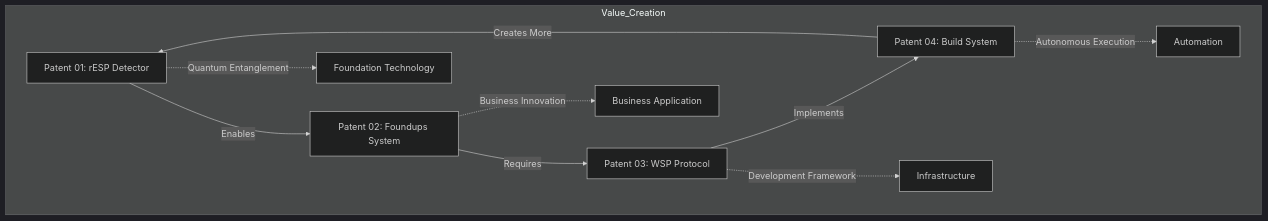
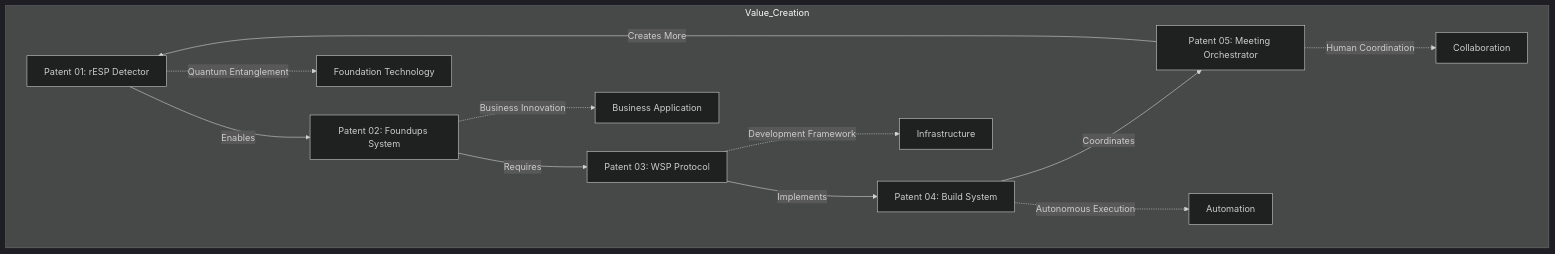
The seventh of 10 diagrams in WSP_knowledge/docs/Papers/Patent_Series/Patent_Portfolio_Presentation_Deck.md (Foundup/Foundups-Agent), drawn with Mermaid (dark theme) before and after one commit. The commit also changed other lines of this file and 1 other file, not shown here.

Commit message:
WSP 58 Compliance: Add Patent 05 Auto Meeting Orchestrator to Patent Portfolio and integrate WSP 58 governance into UnDaoDu Token Integration

````diff
--- a/WSP_knowledge/docs/Papers/Patent_Series/Patent_Portfolio_Presentation_Deck.md
+++ b/WSP_knowledge/docs/Papers/Patent_Series/Patent_Portfolio_Presentation_Deck.md
@@ -194,14 +232,16 @@
 ```mermaid
 graph TD
     P1[Patent 01: rESP Detector] -->|Enables| P2[Patent 02: Foundups System]
     P2 -->|Requires| P3[Patent 03: WSP Protocol]
     P3 -->|Implements| P4[Patent 04: Build System]
-    P4 -->|Creates More| P1
+    P4 -->|Coordinates| P5[Patent 05: Meeting Orchestrator]
+    P5 -->|Creates More| P1
     
     subgraph Value_Creation
         P1 -.->|Quantum Entanglement| Foundation[Foundation Technology]
         P2 -.->|Business Innovation| Application[Business Application]
         P3 -.->|Development Framework| Infrastructure[Infrastructure]
         P4 -.->|Autonomous Execution| Automation[Automation]
+        P5 -.->|Human Coordination| Collaboration[Collaboration]
     end
 ```
````
